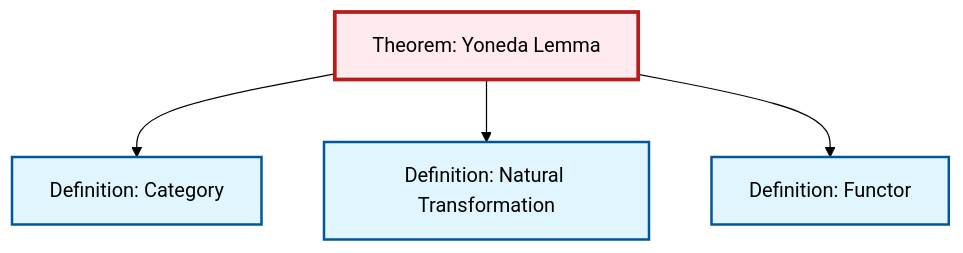
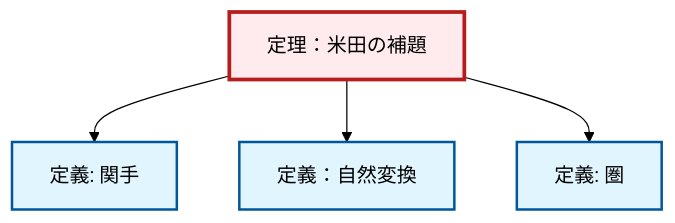
One commit to RK0429/ModernMath changed the diagram in content/ja/category-theory/thm-yoneda.qmd. Above: the diagram before and after it, drawn with Mermaid (forest theme). The commit also changed 1069 other files, not shown here.

````diff
--- a/content/ja/category-theory/thm-yoneda.qmd
+++ b/content/ja/category-theory/thm-yoneda.qmd
@@ -96,20 +96,20 @@
 ```{mermaid}
 %%| fig-cap: "Local dependency graph"
 graph TD
     classDef definition fill:#e1f5fe,stroke:#01579b,stroke-width:2px
     classDef theorem fill:#f3e5f5,stroke:#4a148c,stroke-width:2px
     classDef axiom fill:#fff3e0,stroke:#e65100,stroke-width:2px
     classDef example fill:#e8f5e9,stroke:#1b5e20,stroke-width:2px
     classDef current fill:#ffebee,stroke:#b71c1c,stroke-width:3px
-    thm-yoneda["Theorem: Yoneda Lemma"]:::theorem
-    def-category["Definition: Category"]:::definition
-    def-natural-transformation["Definition: Natural Transformation"]:::definition
-    def-functor["Definition: Functor"]:::definition
+    def-category["定義: 圏"]:::definition
+    thm-yoneda["定理：米田の補題"]:::theorem
+    def-natural-transformation["定義：自然変換"]:::definition
+    def-functor["定義: 関手"]:::definition
+    thm-yoneda --> def-functor
+    thm-yoneda --> def-natural-transformation
     thm-yoneda --> def-category
-    thm-yoneda --> def-natural-transformation
-    thm-yoneda --> def-functor
     class thm-yoneda current
-    click def-category "def-category.html" "Definition: Categoryへ"
-    click def-natural-transformation "def-natural-transformation.html" "Definition: Natural Transformationへ"
-    click def-functor "def-functor.html" "Definition: Functorへ"
+    click def-category "def-category.html" "圏の定義へ"
+    click def-natural-transformation "def-natural-transformation.html" "定義：自然変換へ"
+    click def-functor "def-functor.html" "関手の定義へ"
 ```
````
